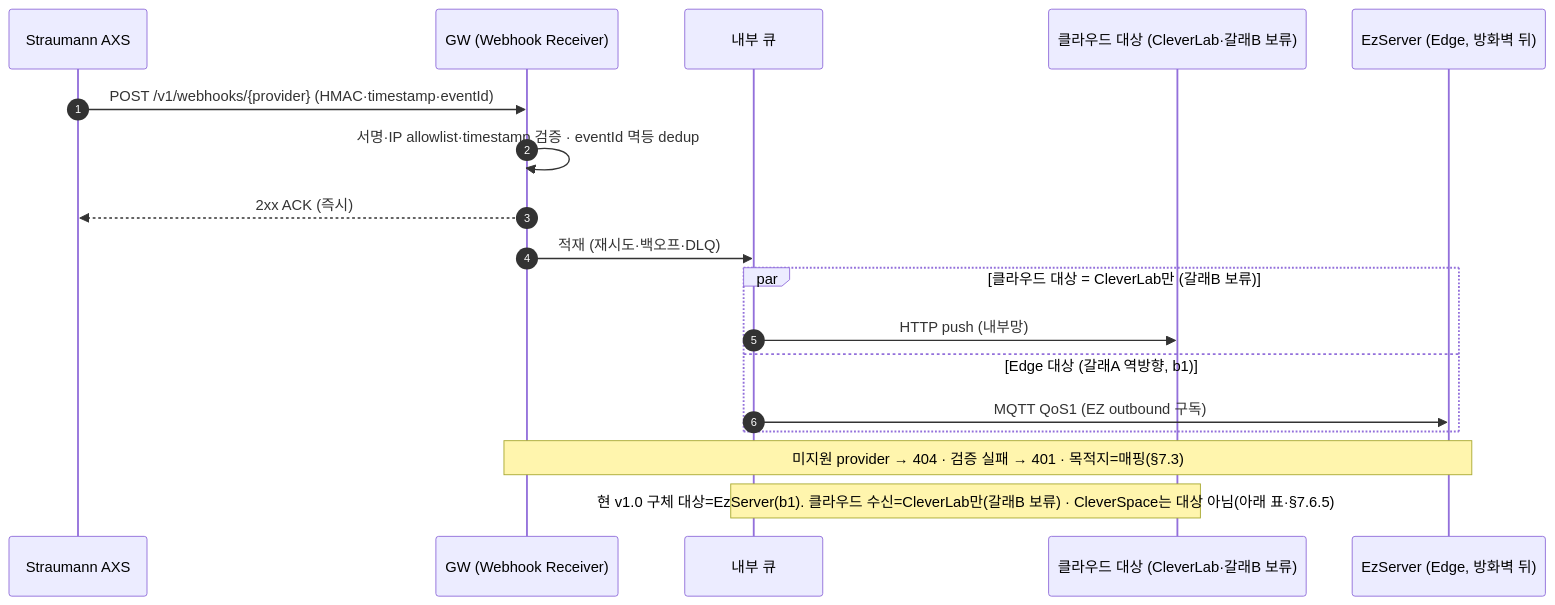
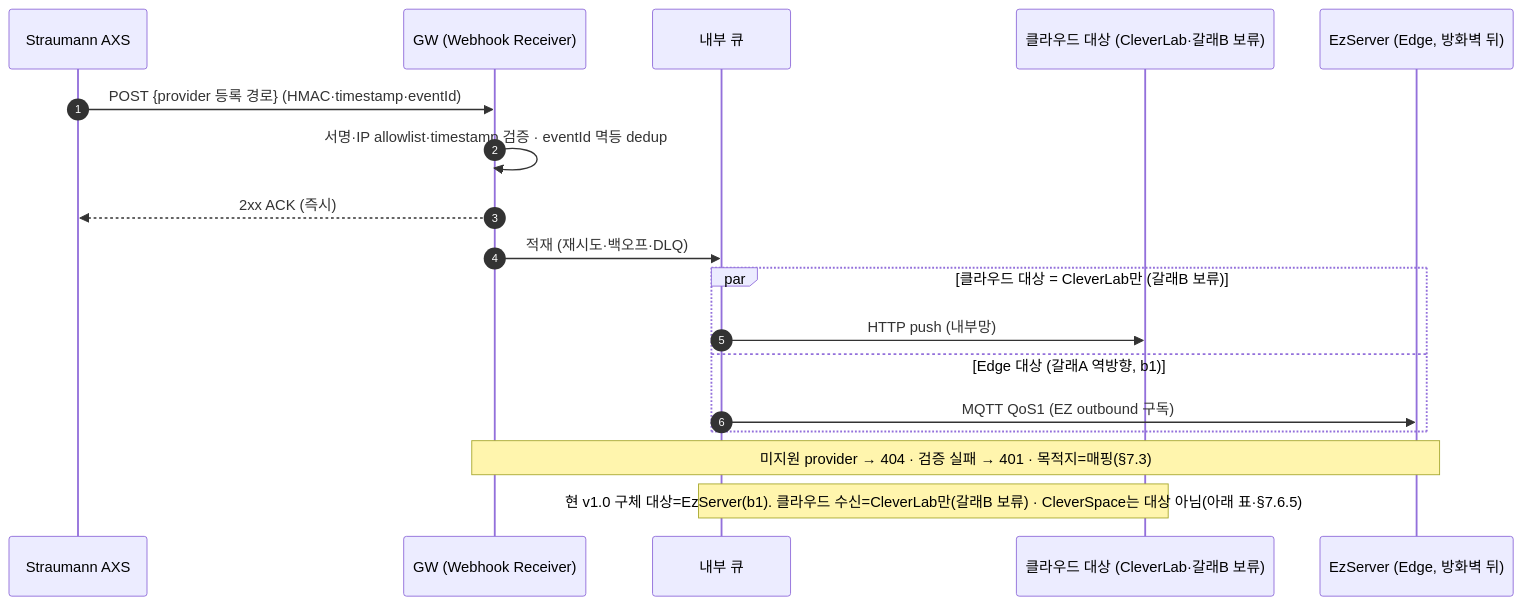
The ninth of 10 diagrams in docs/VT_API_Gateway/08.VT_API_Gateway/specs/03-srs-gateway/SRS.md (gracegyu/scp-architecture), drawn with Mermaid before and after one commit. The commit also changed other lines of this file and 4 other files, not shown here.

````diff
--- a/docs/VT_API_Gateway/08.VT_API_Gateway/specs/03-srs-gateway/SRS.md
+++ b/docs/VT_API_Gateway/08.VT_API_Gateway/specs/03-srs-gateway/SRS.md
@@ -468,20 +468,20 @@
 ```mermaid
 sequenceDiagram
     autonumber
     participant AXS as Straumann AXS
     participant WH as GW (Webhook Receiver)
     participant Q as 내부 큐
     participant CL as 클라우드 대상 (CleverLab·갈래B 보류)
     participant EZ as EzServer (Edge, 방화벽 뒤)
-    AXS->>WH: POST /v1/webhooks/{provider} (HMAC·timestamp·eventId)
+    AXS->>WH: POST {provider 등록 경로} (HMAC·timestamp·eventId)
     WH->>WH: 서명·IP allowlist·timestamp 검증 · eventId 멱등 dedup
     WH-->>AXS: 2xx ACK (즉시)
     WH->>Q: 적재 (재시도·백오프·DLQ)
     par 클라우드 대상 = CleverLab만 (갈래B 보류)
         Q->>CL: HTTP push (내부망)
     and Edge 대상 (갈래A 역방향, b1)
         Q->>EZ: MQTT QoS1 (EZ outbound 구독)
     end
     Note over WH,EZ: 미지원 provider → 404 · 검증 실패 → 401 · 목적지=매핑(§7.3)
     Note over Q,CL: 현 v1.0 구체 대상=EzServer(b1). 클라우드 수신=CleverLab만(갈래B 보류) · CleverSpace는 대상 아님(아래 표·§7.6.5)
 ```
````
